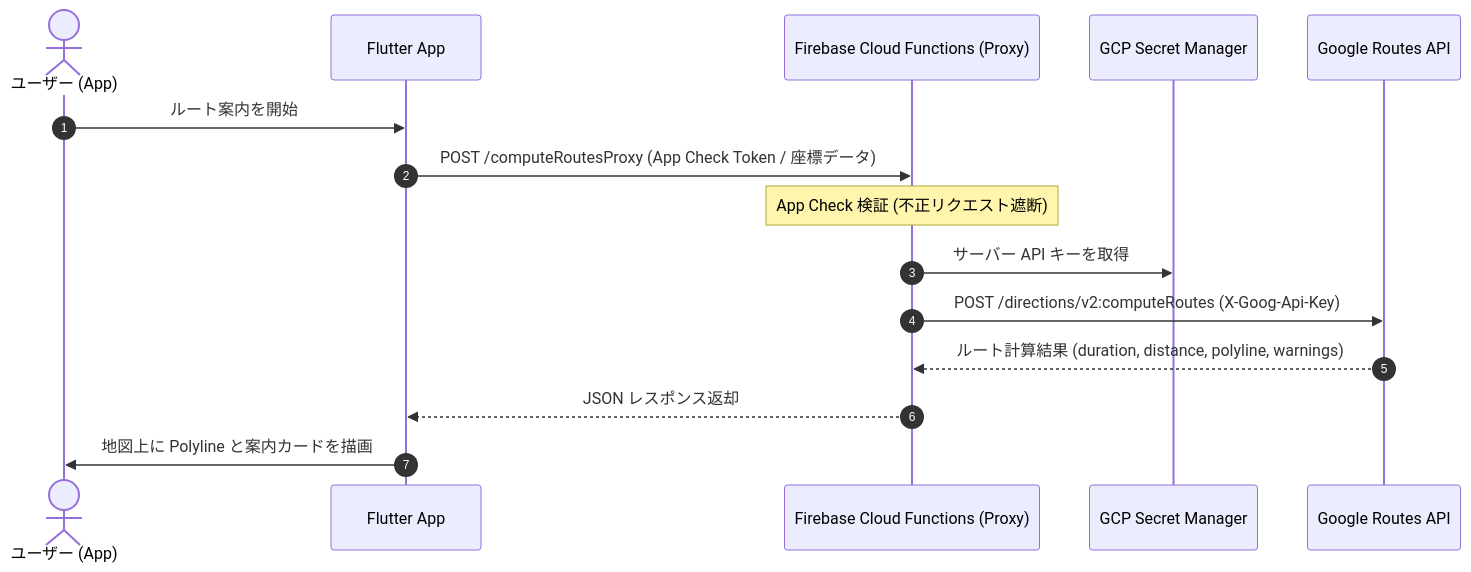
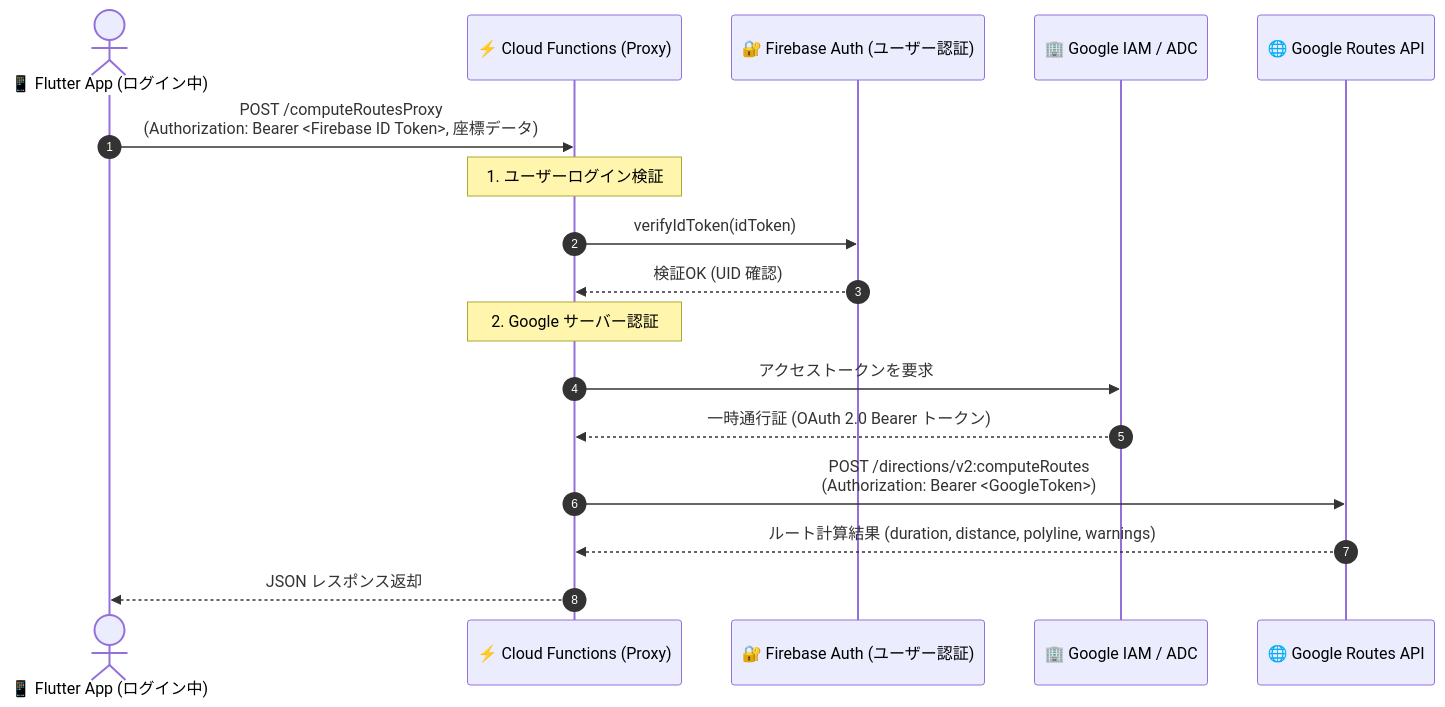
One commit to a-sasaoka/flutter_sample changed the diagram in docs/map.md. Above: the diagram before and after it, drawn with Mermaid. The commit also changed other lines of this file and 13 other files, not shown here.

First line of the commit message:
feat(map): Google Routes API サーバープロキシ化とクライアントAPIキー完全撤廃 (#219)

````diff
--- a/docs/map.md
+++ b/docs/map.md
@@ -131,18 +132,20 @@
 ```mermaid
 sequenceDiagram
     autonumber
-    actor User as ユーザー (App)
-    participant Flutter as Flutter App
-    participant Functions as Firebase Cloud Functions (Proxy)
-    participant Secret as GCP Secret Manager
-    participant Routes as Google Routes API
+    actor User as 📱 Flutter App (ログイン中)
+    participant Functions as ⚡ Cloud Functions (Proxy)
+    participant FirebaseAuth as 🔐 Firebase Auth (ユーザー認証)
+    participant GoogleAuth as 🏢 Google IAM / ADC
+    participant Routes as 🌐 Google Routes API
 
-    User->>Flutter: ルート案内を開始
-    Flutter->>Functions: POST /computeRoutesProxy (App Check Token / 座標データ)
-    Note over Functions: App Check 検証 (不正リクエスト遮断)
-    Functions->>Secret: サーバー API キーを取得
-    Functions->>Routes: POST /directions/v2:computeRoutes (X-Goog-Api-Key)
+    User->>Functions: POST /computeRoutesProxy<br/>(Authorization: Bearer <Firebase ID Token>, 座標データ)
+    Note over Functions: 1. ユーザーログイン検証
+    Functions->>FirebaseAuth: verifyIdToken(idToken)
+    FirebaseAuth-->>Functions: 検証OK (UID 確認)
+    Note over Functions: 2. Google サーバー認証
+    Functions->>GoogleAuth: アクセストークンを要求
+    GoogleAuth-->>Functions: 一時通行証 (OAuth 2.0 Bearer トークン)
+    Functions->>Routes: POST /directions/v2:computeRoutes<br/>(Authorization: Bearer <GoogleToken>)
     Routes-->>Functions: ルート計算結果 (duration, distance, polyline, warnings)
-    Functions-->>Flutter: JSON レスポンス返却
-    Flutter->>User: 地図上に Polyline と案内カードを描画
+    Functions-->>User: JSON レスポンス返却
 ```
````
